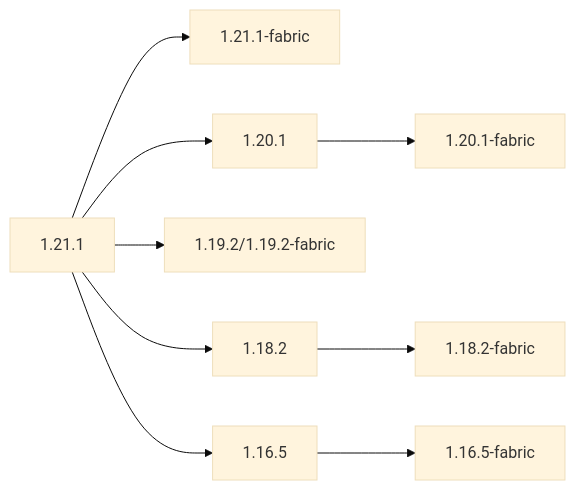
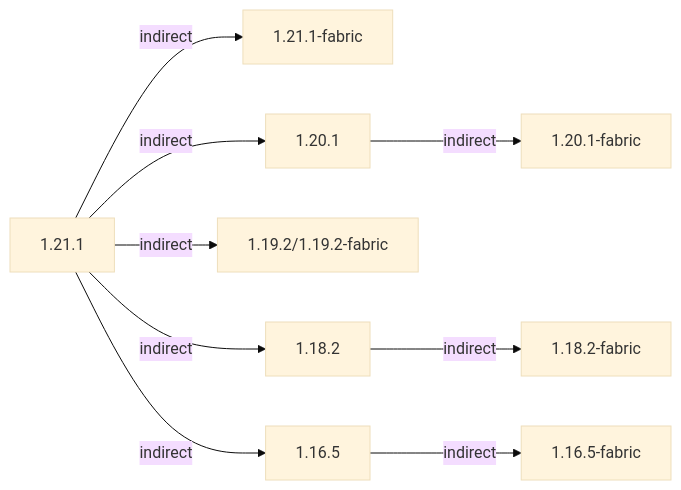
One commit to CFPAOrg/Minecraft-Mod-Language-Package changed the diagram in projects/1.21/assets/macaws-bridges/mcwbridges/README.md. Above: the diagram before and after it, drawn with Mermaid (base theme).

Commit message:
README再测试

````diff
--- a/projects/1.21/assets/macaws-bridges/mcwbridges/README.md
+++ b/projects/1.21/assets/macaws-bridges/mcwbridges/README.md
@@ -1,18 +1,18 @@
 ```mermaid
 flowchart LR
-    1.21.1 --> 1.21.1-fabric;
-    1.20.1 --> 1.20.1-fabric;
+    1.21.1 -->|indirect| 1.21.1-fabric;
+    1.20.1 -->|indirect| 1.20.1-fabric;
     1.19.2/1.19.2-fabric;
-    1.18.2 --> 1.18.2-fabric;
-    1.16.5 --> 1.16.5-fabric;
-    1.21.1 --> 1.20.1 & 1.19.2/1.19.2-fabric & 1.18.2 & 1.16.5
-    click 1.21.1 "https://github.com"
-    click 1.20.1 "https://github.com"
-    click 1.18.2 "https://github.com"
-    click 1.16.5 "https://github.com"
-    click 1.21.1-fabric "https://github.com"
-    click 1.20.1-fabric "https://github.com"
-    click 1.19.2/1.19.2-fabric "https://github.com"
-    click 1.18.2-fabric "https://github.com"
-    click 1.16.5-fabric "https://github.com"
+    1.18.2 -->|indirect| 1.18.2-fabric;
+    1.16.5 -->|indirect| 1.16.5-fabric;
+    1.21.1 -->|indirect| 1.20.1 & 1.19.2/1.19.2-fabric & 1.18.2 & 1.16.5
+    click 1.21.1 "https://github.com/CFPAOrg/Minecraft-Mod-Language-Package/tree/main-macaws/projects/1.21/assets/macaws-bridges/mcwbridges"
+    click 1.20.1 "https://github.com/CFPAOrg/Minecraft-Mod-Language-Package/tree/main-macaws/projects/1.20/assets/macaws-bridges/mcwbridges"
+    click 1.18.2 "https://github.com/CFPAOrg/Minecraft-Mod-Language-Package/tree/main-macaws/projects/1.18/assets/macaws-bridges/mcwbridges"
+    click 1.16.5 "https://github.com/CFPAOrg/Minecraft-Mod-Language-Package/tree/main-macaws/projects/1.16/assets/macaws-bridges/mcwbridges"
+    click 1.21.1-fabric "https://github.com/CFPAOrg/Minecraft-Mod-Language-Package/tree/main-macaws/projects/1.16-fabric/assets/macaws-bridges/mcwbridges"
+    click 1.20.1-fabric "https://github.com/CFPAOrg/Minecraft-Mod-Language-Package/tree/main-macaws/projects/1.20-fabric/assets/macaws-bridges/mcwbridges"
+    click 1.19.2/1.19.2-fabric "https://github.com/CFPAOrg/Minecraft-Mod-Language-Package/tree/main-macaws/projects/1.19/assets/macaws-bridges/mcwbridges"
+    click 1.18.2-fabric "https://github.com/CFPAOrg/Minecraft-Mod-Language-Package/tree/main-macaws/projects/1.18-fabric/assets/macaws-bridges/mcwbridges"
+    click 1.16.5-fabric "https://github.com/CFPAOrg/Minecraft-Mod-Language-Package/tree/main-macaws/projects/1.16-fabric/assets/macaws-bridges/mcwbridges"
 ```
````
